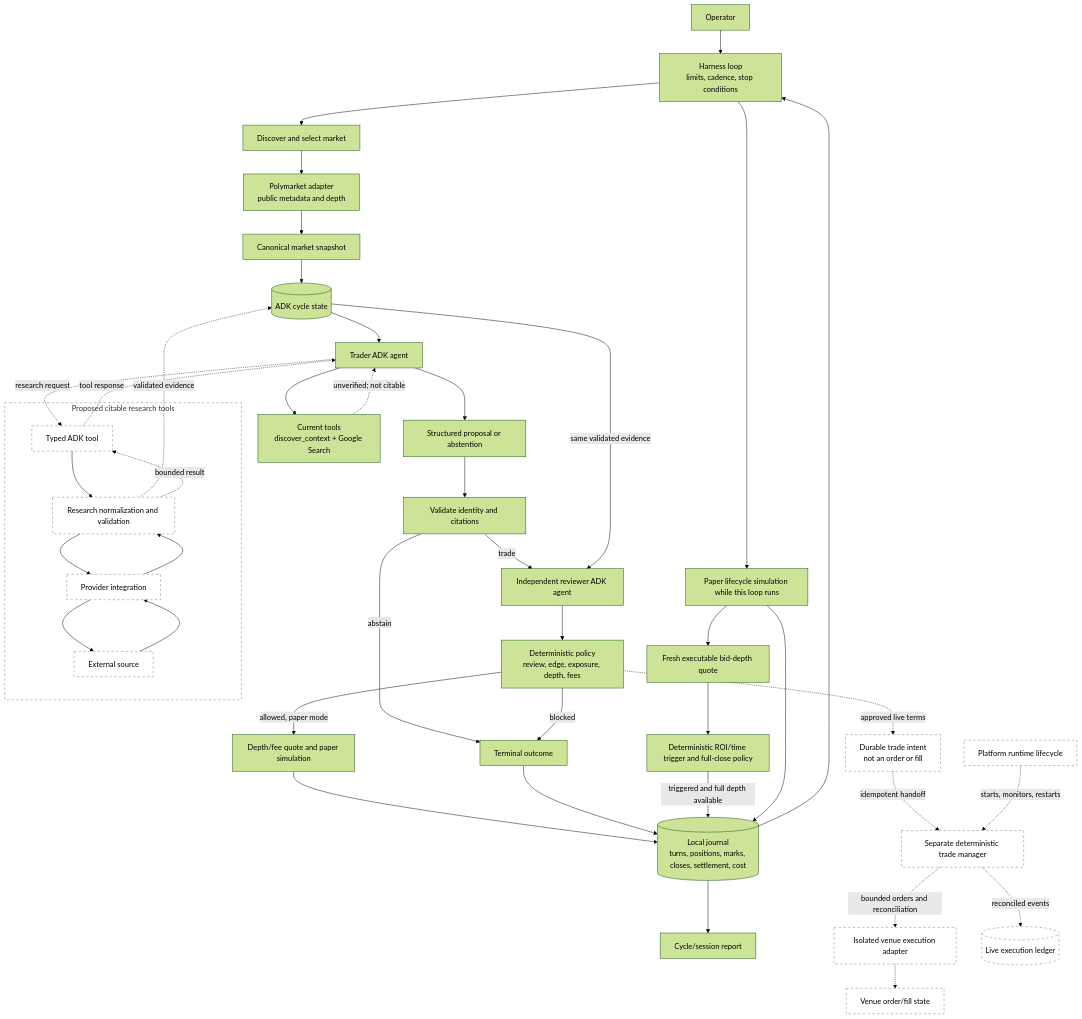
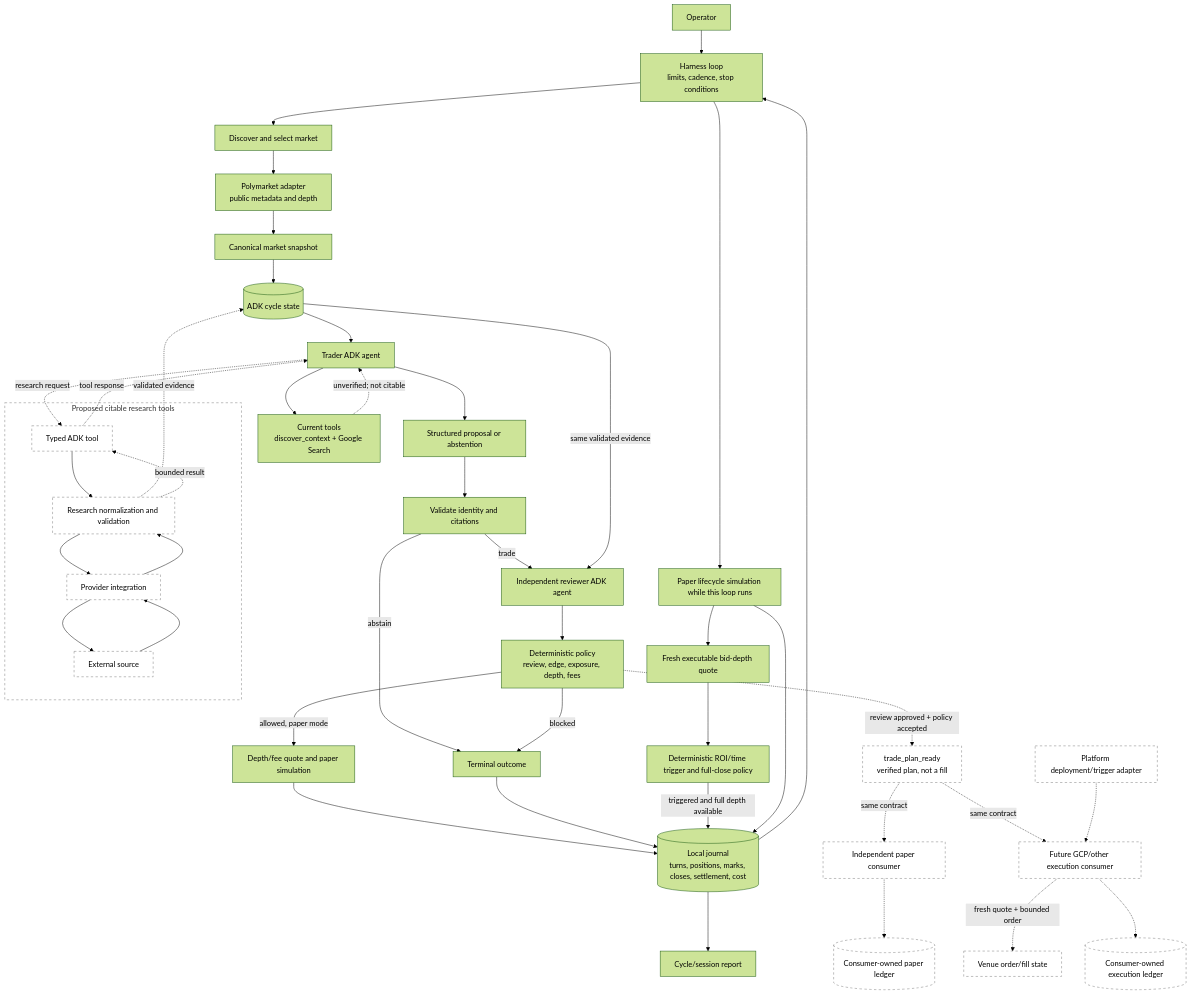
One commit to JMrtzsn/chrysopoeia changed the diagram in harness/docs/architecture.md. Above: the diagram before and after it, drawn with Mermaid (forest theme). The commit also changed other lines of this file and 11 other files, not shown here.

Commit message:
Define event-driven trade plan contract

````diff
--- a/harness/docs/architecture.md
+++ b/harness/docs/architecture.md
@@ -6,53 +6,54 @@
 ```mermaid
 flowchart TD
     Operator --> Loop["Harness loop<br/>limits, cadence, stop conditions"]
     Loop --> Discover["Discover and select market"]
     Discover --> Venue["Polymarket adapter<br/>public metadata and depth"]
     Venue --> Snapshot["Canonical market snapshot"]
     Snapshot --> State[("ADK cycle state")]
 
     State --> Trader["Trader ADK agent"]
     Trader --> ContextTool["Current tools<br/>discover_context + Google Search"]
     ContextTool -. "unverified; not citable" .-> Trader
     Trader --> Proposal["Structured proposal or abstention"]
     Proposal --> Gate["Validate identity and citations"]
     Gate -->|abstain| Outcome["Terminal outcome"]
     Gate -->|trade| Reviewer["Independent reviewer ADK agent"]
     State -->|same validated evidence| Reviewer
     Reviewer --> Policy["Deterministic policy<br/>review, edge, exposure, depth, fees"]
     Policy -->|allowed, paper mode| Quote["Depth/fee quote and paper simulation"]
     Policy -->|blocked| Outcome
     Quote --> Journal[("Local journal<br/>turns, positions, marks, closes, settlement, cost")]
     Outcome --> Journal
     Loop --> Lifecycle["Paper lifecycle simulation while this loop runs"]
     Lifecycle --> ExitQuote["Fresh executable bid-depth quote"]
     ExitQuote --> ExitPolicy["Deterministic ROI/time trigger and full-close policy"]
     ExitPolicy -->|triggered and full depth available| Journal
     Lifecycle --> Journal
     Journal --> Loop
     Journal --> Report["Cycle/session report"]
 
-    Policy -. "approved live terms" .-> Intent["Durable trade intent<br/>not an order or fill"]
-    Intent -. "idempotent handoff" .-> Manager["Separate deterministic trade manager"]
-    Manager -. "bounded orders and reconciliation" .-> Execution["Isolated venue execution adapter"]
-    Execution -.-> LiveVenue["Venue order/fill state"]
-    Manager -. "reconciled events" .-> LiveJournal[("Live execution ledger")]
-    Platform["Platform runtime lifecycle"] -. "starts, monitors, restarts" .-> Manager
+    Policy -. "review approved + policy accepted" .-> Ready["trade_plan_ready<br/>verified plan, not a fill"]
+    Ready -. "same contract" .-> PaperConsumer["Independent paper consumer"]
+    Ready -. "same contract" .-> ExecutionConsumer["Future GCP/other execution consumer"]
+    PaperConsumer -.-> PaperLedger[("Consumer-owned paper ledger")]
+    ExecutionConsumer -. "fresh quote + bounded order" .-> LiveVenue["Venue order/fill state"]
+    ExecutionConsumer -.-> LiveLedger[("Consumer-owned execution ledger")]
+    Platform["Platform deployment/trigger adapter"] -.-> ExecutionConsumer
 
     subgraph Planned["Proposed citable research tools"]
         Tool["Typed ADK tool"]
         Core["Research normalization and validation"]
         Integration["Provider integration"]
         Source["External source"]
         Tool --> Core --> Integration --> Source
         Source --> Integration --> Core
     end
     Trader -. "research request" .-> Tool
     Core -. "validated evidence" .-> State
     Core -. "bounded result" .-> Tool
     Tool -. "tool response" .-> Trader
 
     classDef planned fill:#fff,stroke:#777,stroke-dasharray:5 5;
-    class Tool,Core,Integration,Source,Intent,Manager,Execution,LiveVenue,LiveJournal,Platform planned;
+    class Tool,Core,Integration,Source,Ready,PaperConsumer,ExecutionConsumer,PaperLedger,LiveVenue,LiveLedger,Platform planned;
     style Planned fill:#fff,stroke:#777,stroke-dasharray:5 5;
 ```
````
